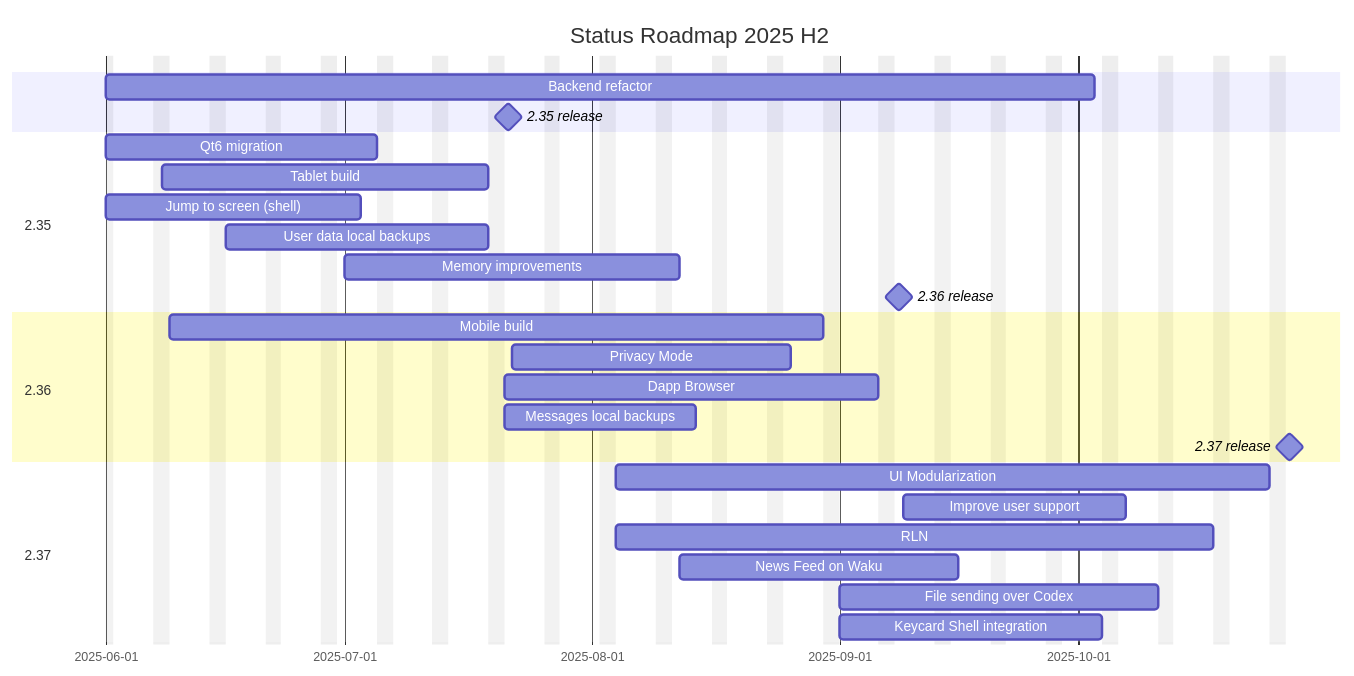
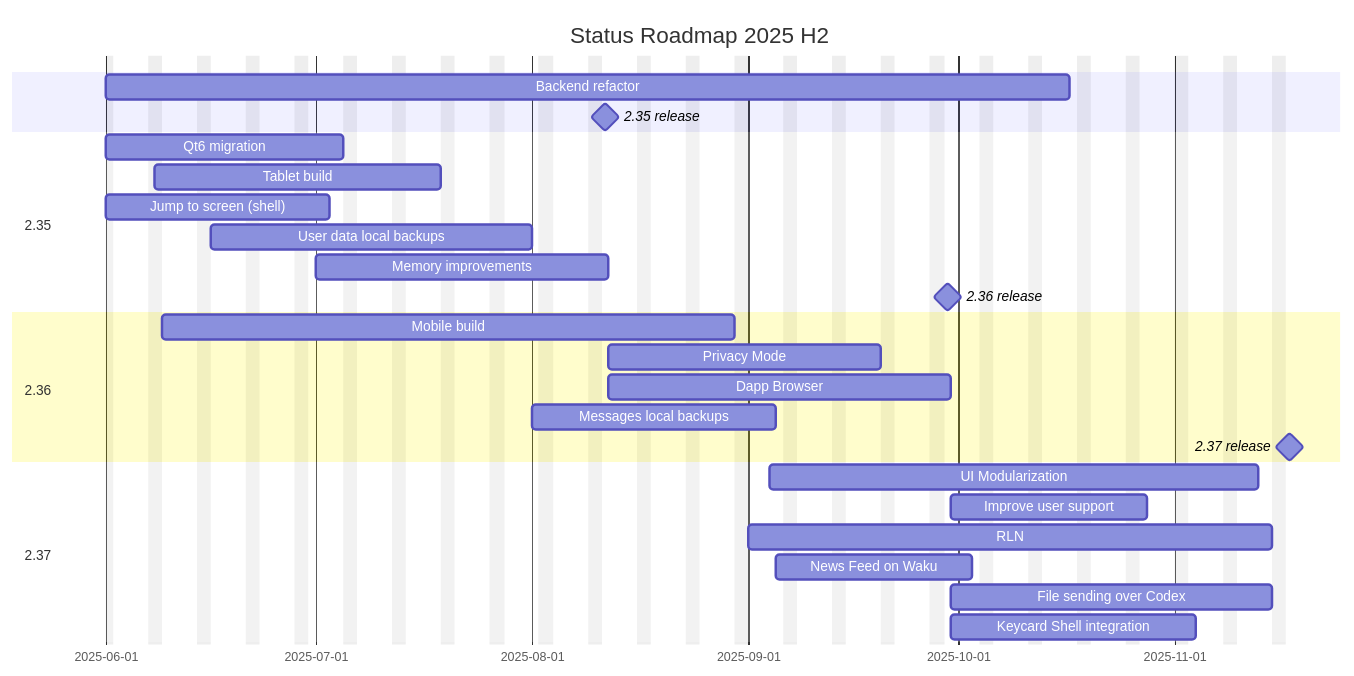
Before and after one commit to status-im/status-desktop: the diagram in docs/roadmap.md, drawn with Mermaid.

Commit message:
update roadmap to adapt to release dates

````diff
--- a/docs/roadmap.md
+++ b/docs/roadmap.md
@@ -14,36 +14,37 @@
 ```mermaid
 gantt
     title Status Roadmap 2025 H2
     excludes    weekends
     dateFormat  YYYY-MM-DD
 
-    Backend refactor        :2025-06-01, 90d
+    Backend refactor        :2025-06-01, 100d
 
-    2.35 release :milestone, m235, 2025-07-21, 1d
+    2.35 release :milestone, m235, 2025-08-11, 1d
 
     section 2.35
     Qt6 migration           :2025-06-01, 26d
     Tablet build            :t1, 2025-06-08, 31d
     Jump to screen (shell)  :2025-06-01, 24d
-    User data local backups :lb1, 2025-06-16, 25d
+    User data local backups :lb1, 2025-06-16, 34d
     Memory improvements     :mi1, 2025-07-01, 30d
 
-    2.36 release            :milestone, m236, 2025-09-08, 1d
+    2.36 release            :milestone, m236, 2025-09-29, 1d
 
     section 2.36
     Mobile build            :2025-06-09, 60d
-    Privacy Mode            :after m235, 25d
-    Dapp Browser            :after t1, 35d
-    Messages local backups  :after lb1, 18d
+    Privacy Mode            :after m235, 29d
+    Dapp Browser            :after m235, 35d
+    Messages local backups  :mlb, after lb1, 25d
 
-    2.37 release             :milestone, m237, 2025-10-27, 1d
+    2.37 release             :milestone, m237, 2025-11-17, 1d
 
     section 2.37
-    UI Modularization           :2025-08-04, 60d
+    UI Modularization           :2025-09-04, 50d
     Improve user support        :after m236, 20d
-    RLN                         :2025-08-04, 55d
-    News Feed on Waku           :after mi1, 25d
-    File sending over Codex     :2025-09-01, 30d
-    Keycard Shell integration   :2025-09-01, 25d
+    RLN                         :2025-09-01, 55d
+    News Feed on Waku           :after mlb,  20d
+    File sending over Codex     :after m236, 34d
+    Keycard Shell integration   :after m236, 25d
+
 
 ```
````
